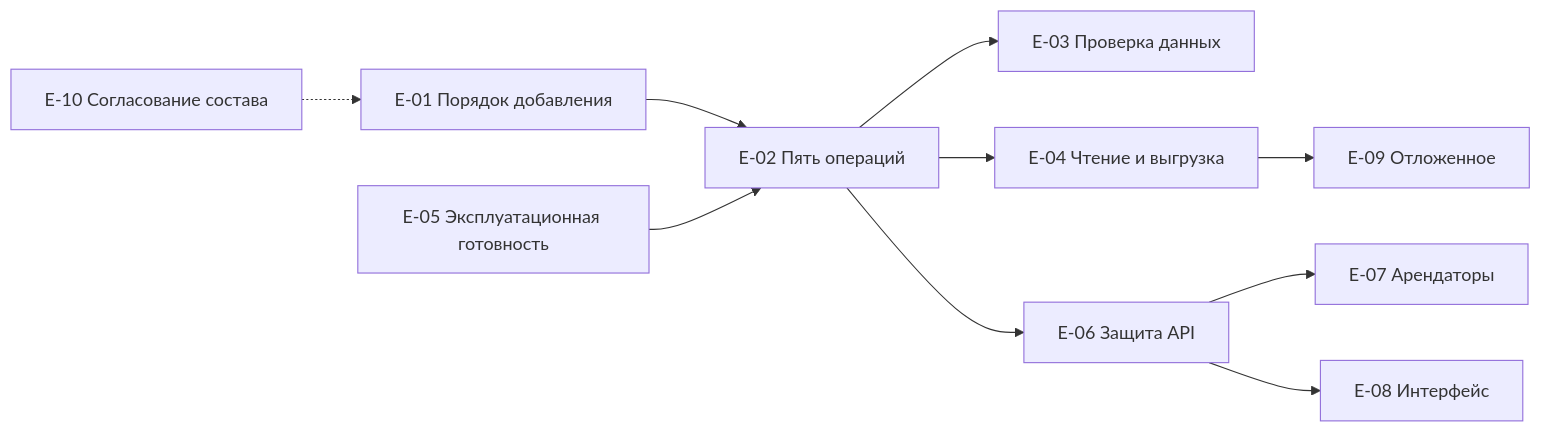
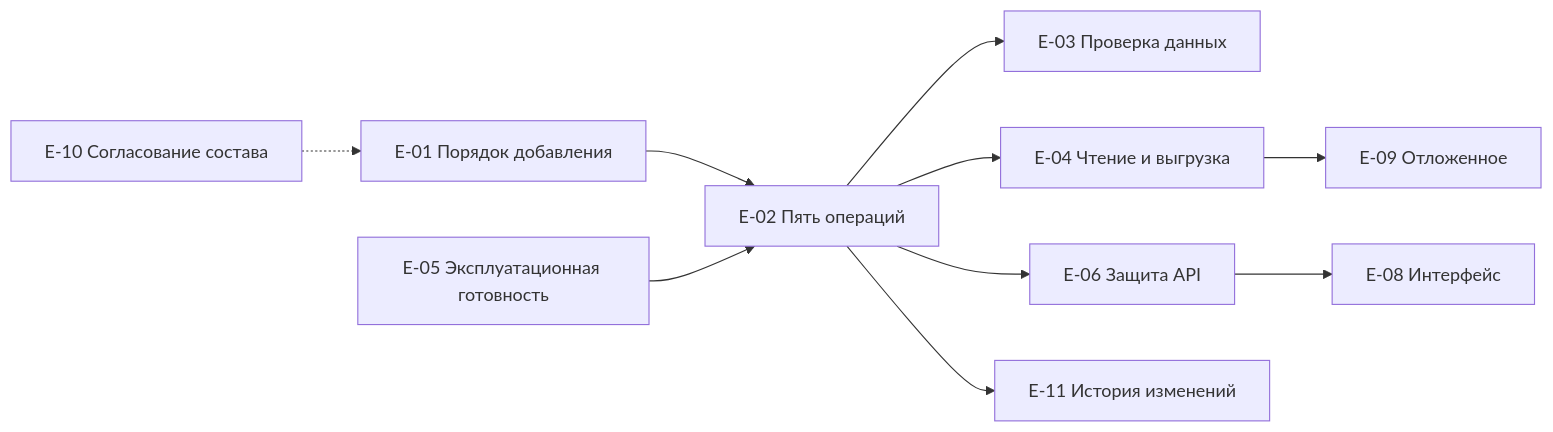
One commit to MEPhI-C22-501/arch-info-system-monorepo changed the diagram in reference-manager/docs/block-c-requirements-and-roles/090.features-epics.md. Above: the diagram before and after it, drawn with Mermaid. The commit also changed other lines of this file and 26 other files, not shown here.

````diff
--- a/reference-manager/docs/block-c-requirements-and-roles/090.features-epics.md
+++ b/reference-manager/docs/block-c-requirements-and-roles/090.features-epics.md
@@ -23,12 +24,12 @@
 ```mermaid
 flowchart LR
     E01["E-01 Порядок добавления"] --> E02["E-02 Пять операций"]
     E02 --> E03["E-03 Проверка данных"]
     E02 --> E04["E-04 Чтение и выгрузка"]
     E05["E-05 Эксплуатационная готовность"] --> E02
     E02 --> E06["E-06 Защита API"]
-    E06 --> E07["E-07 Арендаторы"]
+    E02 --> E11["E-11 История изменений"]
     E06 --> E08["E-08 Интерфейс"]
     E04 --> E09["E-09 Отложенное"]
     E10["E-10 Согласование состава"] -.-> E01
 ```
````
